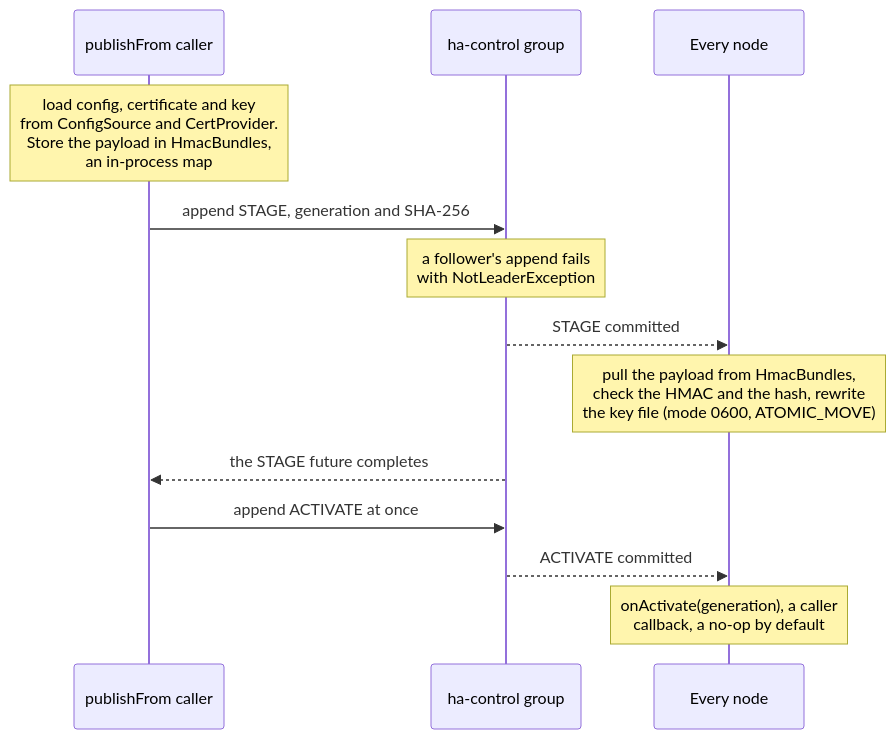
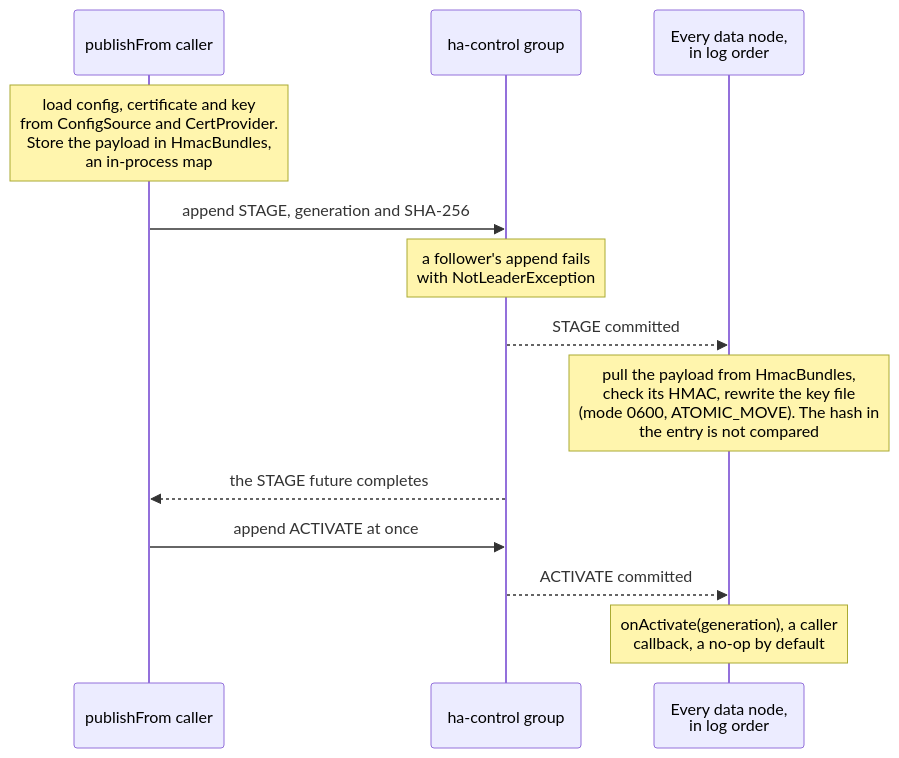
One commit to BlivionIaG/sjws_nettask changed the sixth of 6 diagrams in docs/ha/design.md. Above: the diagram before and after it, drawn with Mermaid. The commit also changed other lines of this file and 19 other files, not shown here.

First line of the commit message:
docs: fix the diagrams the fact-check found imprecise

````diff
--- a/docs/ha/design.md
+++ b/docs/ha/design.md
@@ -328,16 +329,16 @@
 ```mermaid
 sequenceDiagram
     participant P as publishFrom caller
     participant R as ha-control group
-    participant N as Every node
+    participant N as Every data node,<br/>in log order
 
     Note over P: load config, certificate and key<br/>from ConfigSource and CertProvider.<br/>Store the payload in HmacBundles,<br/>an in-process map
     P->>R: append STAGE, generation and SHA-256
     Note over R: a follower's append fails<br/>with NotLeaderException
     R-->>N: STAGE committed
-    Note over N: pull the payload from HmacBundles,<br/>check the HMAC and the hash, rewrite<br/>the key file (mode 0600, ATOMIC_MOVE)
+    Note over N: pull the payload from HmacBundles,<br/>check its HMAC, rewrite the key file<br/>(mode 0600, ATOMIC_MOVE). The hash in<br/>the entry is not compared
     R-->>P: the STAGE future completes
     P->>R: append ACTIVATE at once
     R-->>N: ACTIVATE committed
     Note over N: onActivate(generation), a caller<br/>callback, a no-op by default
 ```
````
